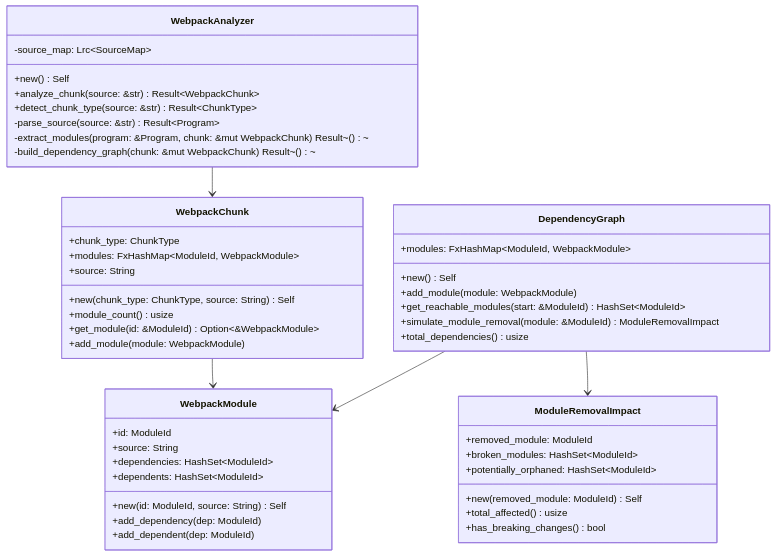
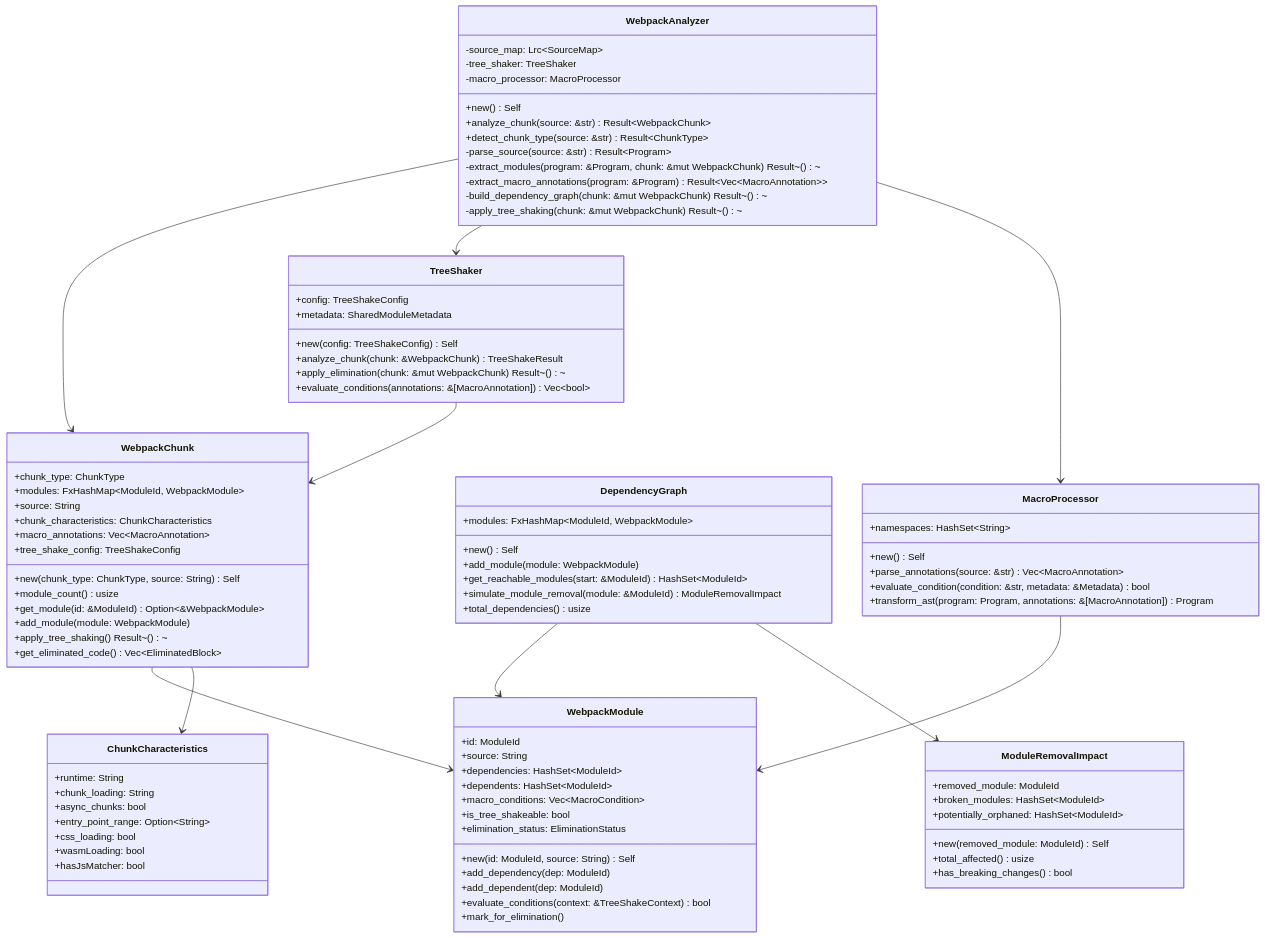
Before and after one commit to ScriptedAlchemy/swc_macro_sys: the second of 12 diagrams in crates/webpack_analyzer_v2/TECHNICAL_GUIDE.md, drawn with Mermaid. The commit also changed other lines of this file and 7 other files, not shown here.

First line of the commit message:
feat: comprehensive tree shaking design and schema updates

````diff
--- a/crates/webpack_analyzer_v2/TECHNICAL_GUIDE.md
+++ b/crates/webpack_analyzer_v2/TECHNICAL_GUIDE.md
@@ -76,22 +110,31 @@
 classDiagram
     class WebpackAnalyzer {
         -source_map: Lrc~SourceMap~
+        -tree_shaker: TreeShaker
+        -macro_processor: MacroProcessor
         +new() Self
         +analyze_chunk(source: &str) Result~WebpackChunk~
         +detect_chunk_type(source: &str) Result~ChunkType~
         -parse_source(source: &str) Result~Program~
         -extract_modules(program: &Program, chunk: &mut WebpackChunk) Result~()~
+        -extract_macro_annotations(program: &Program) Result~Vec~MacroAnnotation~~
         -build_dependency_graph(chunk: &mut WebpackChunk) Result~()~
+        -apply_tree_shaking(chunk: &mut WebpackChunk) Result~()~
     }
     
     class WebpackChunk {
         +chunk_type: ChunkType
         +modules: FxHashMap~ModuleId, WebpackModule~
         +source: String
+        +chunk_characteristics: ChunkCharacteristics
+        +macro_annotations: Vec~MacroAnnotation~
+        +tree_shake_config: TreeShakeConfig
         +new(chunk_type: ChunkType, source: String) Self
         +module_count() usize
         +get_module(id: &ModuleId) Option~&WebpackModule~
         +add_module(module: WebpackModule)
+        +apply_tree_shaking() Result~()~
+        +get_eliminated_code() Vec~EliminatedBlock~
     }
     
     class WebpackModule {
@@ -99,9 +142,14 @@
         +source: String
         +dependencies: HashSet~ModuleId~
         +dependents: HashSet~ModuleId~
+        +macro_conditions: Vec~MacroCondition~
+        +is_tree_shakeable: bool
+        +elimination_status: EliminationStatus
         +new(id: ModuleId, source: String) Self
         +add_dependency(dep: ModuleId)
         +add_dependent(dep: ModuleId)
+        +evaluate_conditions(context: &TreeShakeContext) bool
+        +mark_for_elimination()
     }
     
     class DependencyGraph {
@@ -122,8 +170,40 @@
         +has_breaking_changes() bool
     }
     
+    class TreeShaker {
+        +config: TreeShakeConfig
+        +metadata: SharedModuleMetadata
+        +new(config: TreeShakeConfig) Self
+        +analyze_chunk(chunk: &WebpackChunk) TreeShakeResult
+        +apply_elimination(chunk: &mut WebpackChunk) Result~()~
+        +evaluate_conditions(annotations: &[MacroAnnotation]) Vec~bool~
+    }
+    
+    class MacroProcessor {
+        +namespaces: HashSet~String~
+        +new() Self
+        +parse_annotations(source: &str) Vec~MacroAnnotation~
+        +evaluate_condition(condition: &str, metadata: &Metadata) bool
+        +transform_ast(program: Program, annotations: &[MacroAnnotation]) Program
+    }
+    
+    class ChunkCharacteristics {
+        +runtime: String
+        +chunk_loading: String
+        +async_chunks: bool
+        +entry_point_range: Option~String~
+        +css_loading: bool
+        +wasmLoading: bool
+        +hasJsMatcher: bool
+    }
+    
     WebpackAnalyzer --> WebpackChunk
+    WebpackAnalyzer --> TreeShaker
+    WebpackAnalyzer --> MacroProcessor
     WebpackChunk --> WebpackModule
+    WebpackChunk --> ChunkCharacteristics
     DependencyGraph --> WebpackModule
     DependencyGraph --> ModuleRemovalImpact
+    TreeShaker --> WebpackChunk
+    MacroProcessor --> WebpackModule
 ```
````
